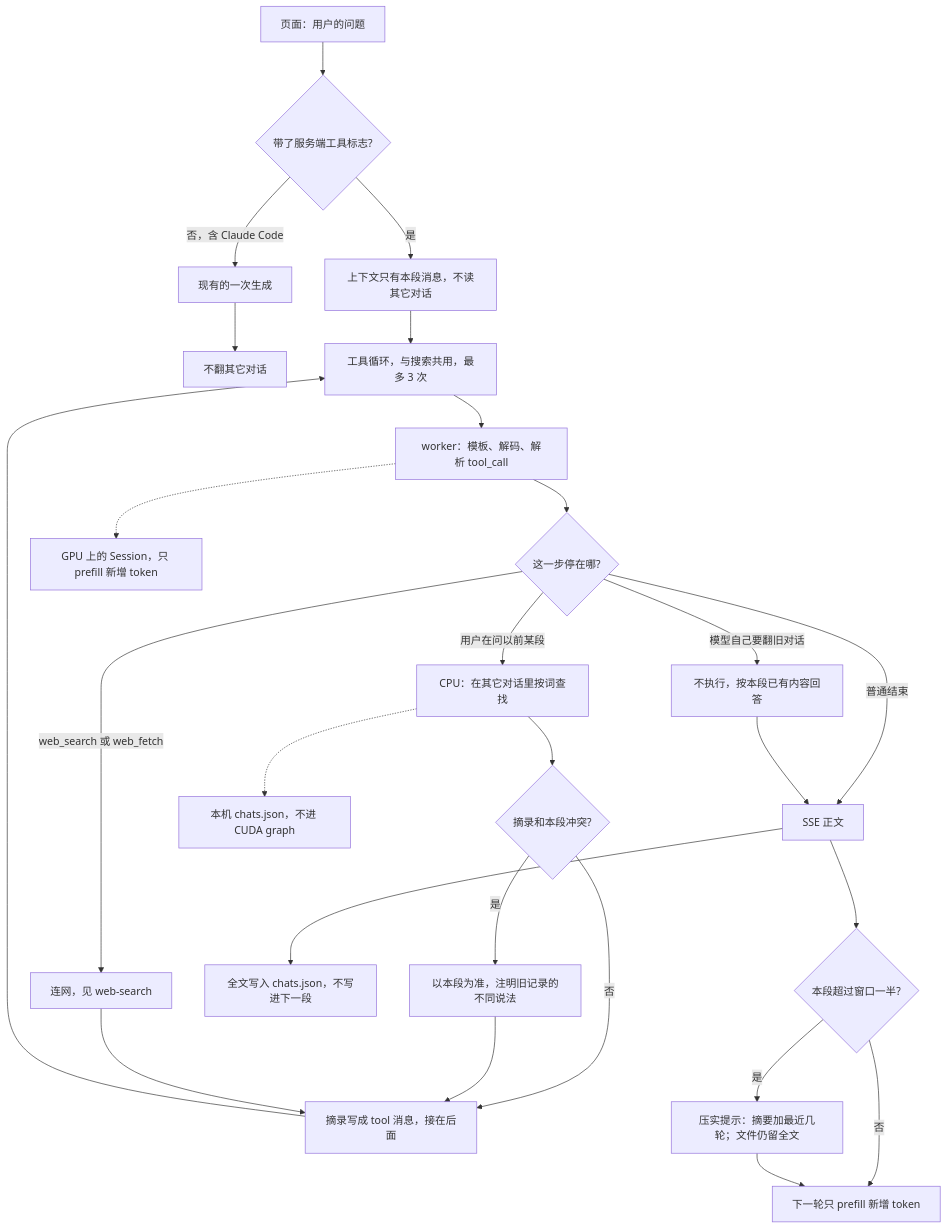
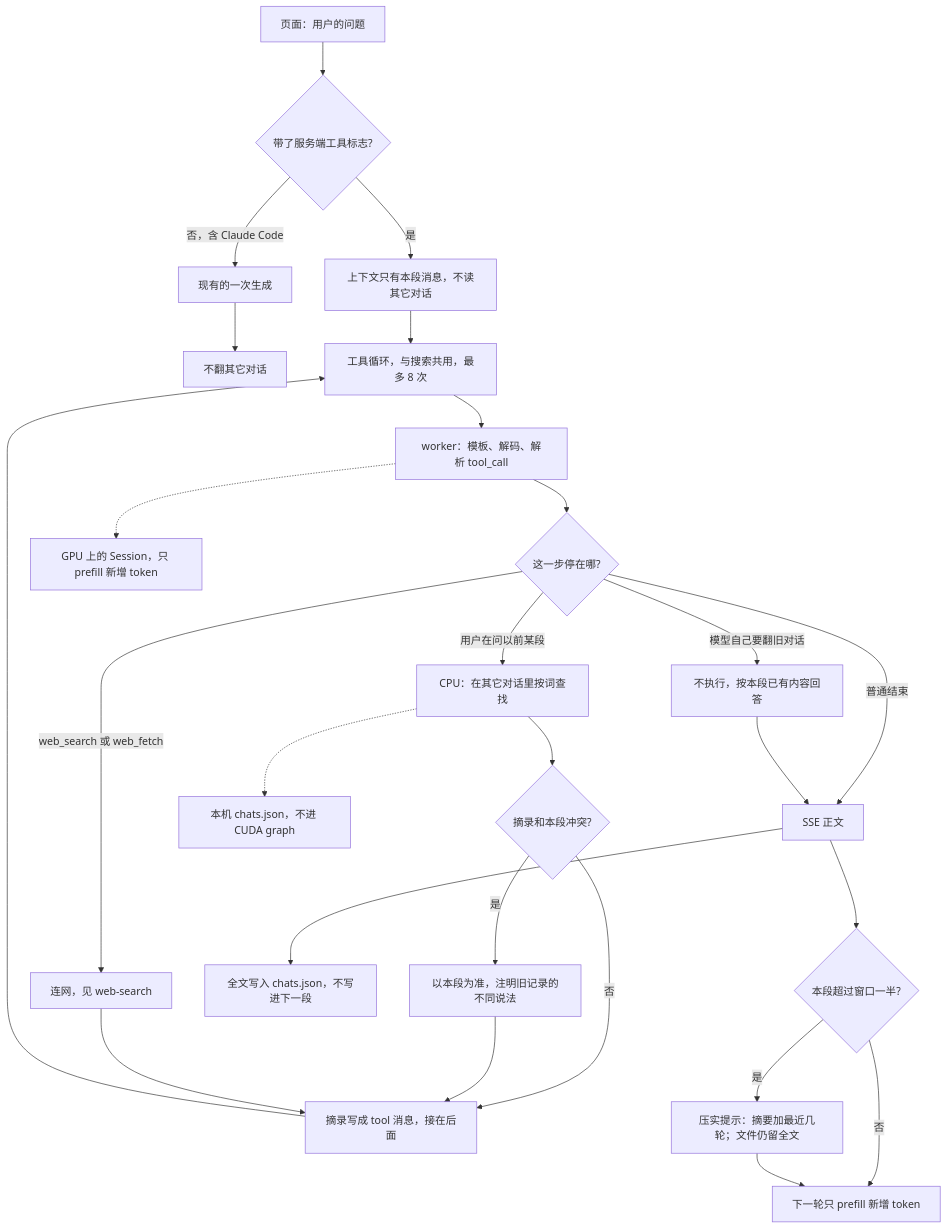
Before and after one commit to liujiacheng1009/token-rush: the diagram in docs/memory.md, drawn with Mermaid. The commit also changed 5 other files, not shown here.

````diff
--- a/docs/memory.md
+++ b/docs/memory.md
@@ -11,31 +11,31 @@
 ```mermaid
 flowchart TD
   q[页面：用户的问题] --> flag{带了服务端工具标志?}
   flag -->|否，含 Claude Code| once[现有的一次生成]
   once --> nomem[不翻其它对话]
   flag -->|是| scope[上下文只有本段消息，不读其它对话]
-  scope --> loop[工具循环，与搜索共用，最多 3 次]
+  scope --> loop[工具循环，与搜索共用，最多 8 次]
 
   loop --> gen[worker：模板、解码、解析 tool_call]
   gen --> kind{这一步停在哪?}
   kind -->|普通结束| ans[SSE 正文]
   kind -->|用户在问以前某段| scan[CPU：在其它对话里按词查找]
   kind -->|模型自己要翻旧对话| skip[不执行，按本段已有内容回答]
   skip --> ans
   kind -->|web_search 或 web_fetch| web[连网，见 web-search]
   scan --> clash{摘录和本段冲突?}
   clash -->|是| prefer[以本段为准，注明旧记录的不同说法]
   clash -->|否| toolmsg[摘录写成 tool 消息，接在后面]
   prefer --> toolmsg
   web --> toolmsg
   toolmsg --> loop
 
   ans --> disk[全文写入 chats.json，不写进下一段]
   ans --> half{本段超过窗口一半?}
   half -->|是| fold[压实提示：摘要加最近几轮；文件仍留全文]
   half -->|否| go[下一轮只 prefill 新增 token]
   fold --> go
 
   gen -.-> gpu[GPU 上的 Session，只 prefill 新增 token]
   scan -.-> file[本机 chats.json，不进 CUDA graph]
 ```
````
